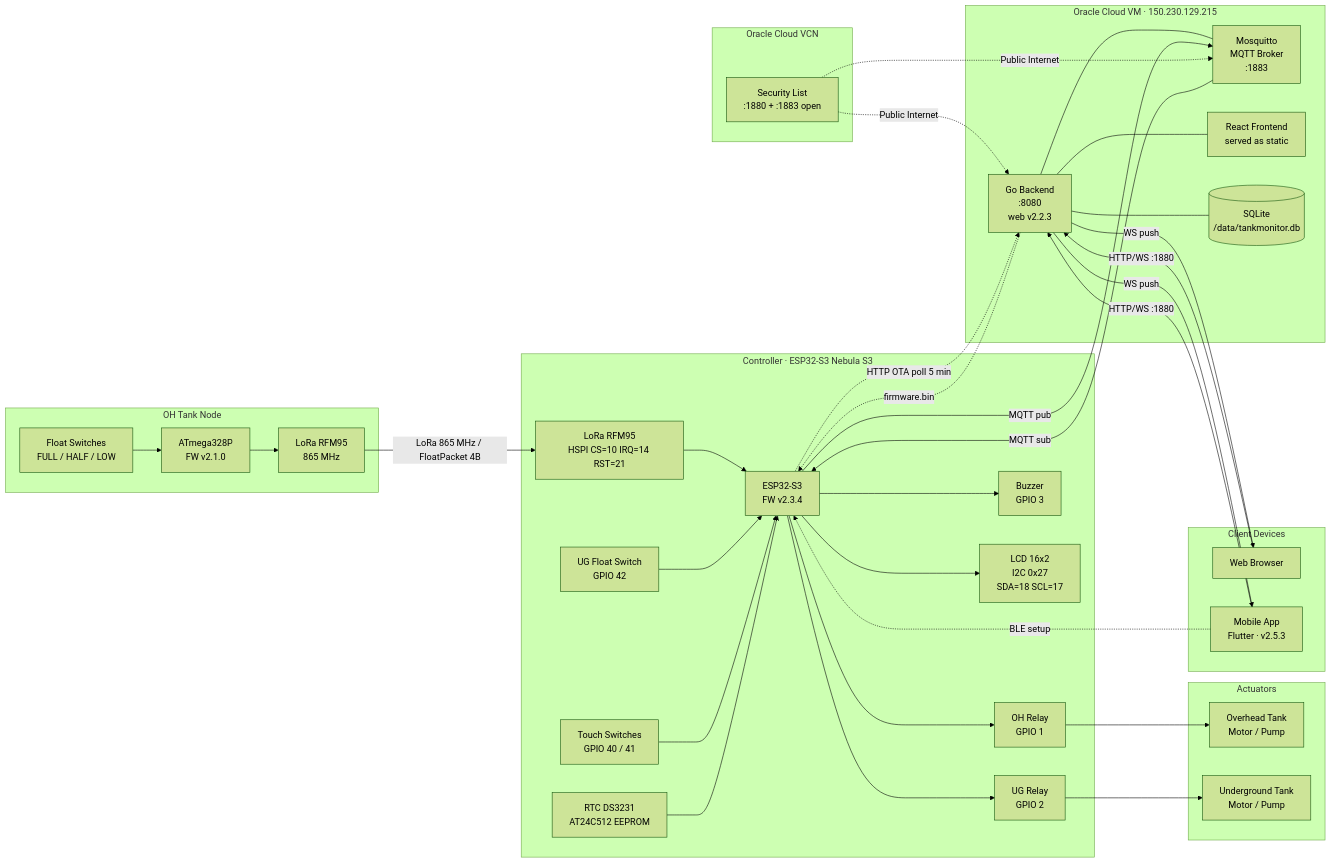
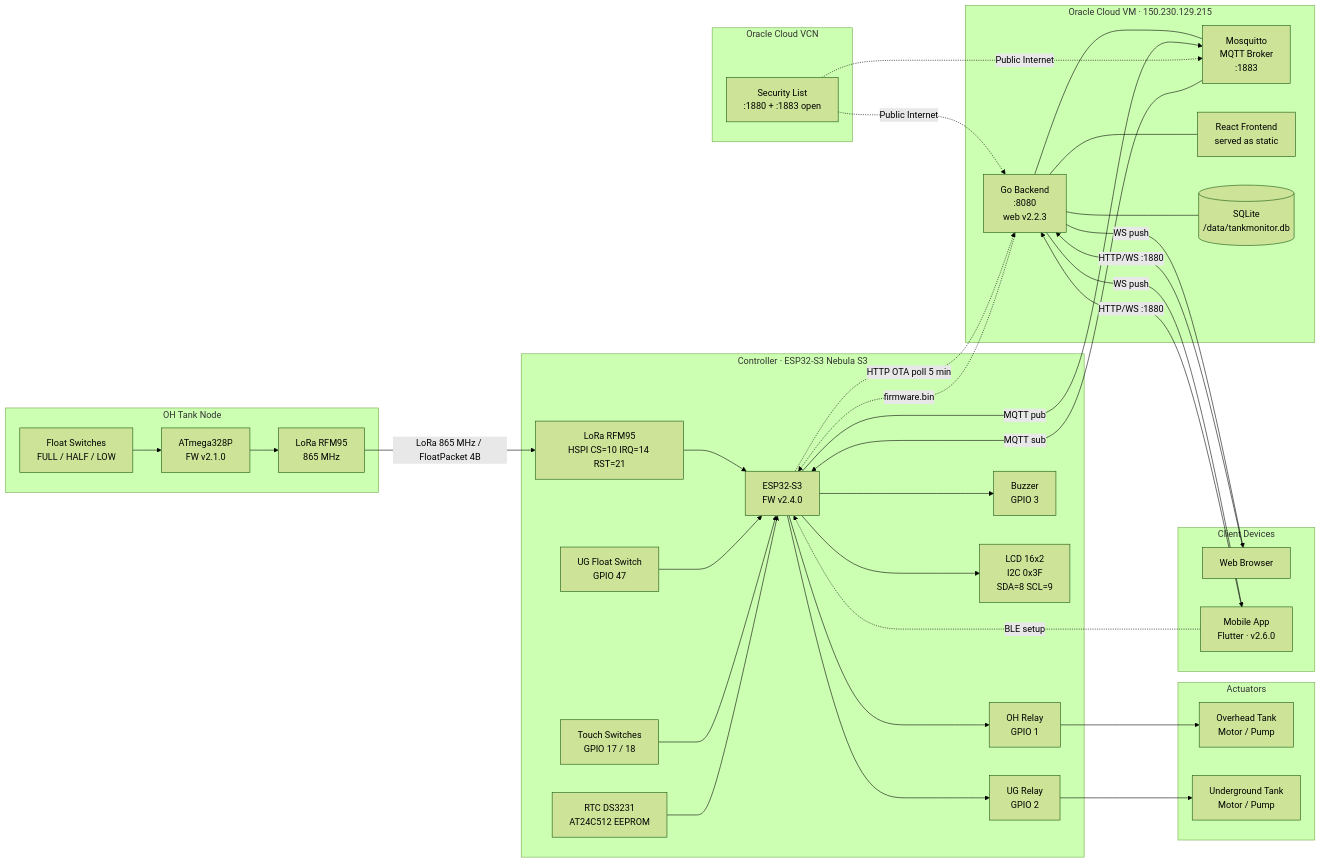
The second of 2 diagrams in README.md (nperiannan/TankMonitor), drawn with Mermaid (forest theme) before and after one commit. The commit also changed other lines of this file and 22 other files, not shown here.

````diff
--- a/README.md
+++ b/README.md
@@ -39,72 +39,72 @@
 ```mermaid
 flowchart LR
     subgraph OH_Node["OH Tank Node"]
         F_OH["Float Switches\nFULL / HALF / LOW"]
         TXmcu["ATmega328P\nFW v2.1.0"]
         TXlora["LoRa RFM95\n865 MHz"]
         F_OH --> TXmcu --> TXlora
     end
 
     subgraph ESP32["Controller · ESP32-S3 Nebula S3"]
         RXlora["LoRa RFM95\nHSPI CS=10 IRQ=14 RST=21"]
-        F_UG["UG Float Switch\nGPIO 42"]
-        TOUCH["Touch Switches\nGPIO 40 / 41"]
-        MCU["ESP32-S3\nFW v2.3.4"]
+        F_UG["UG Float Switch\nGPIO 47"]
+        TOUCH["Touch Switches\nGPIO 17 / 18"]
+        MCU["ESP32-S3\nFW v2.4.0"]
         R_OH["OH Relay\nGPIO 1"]
         R_UG["UG Relay\nGPIO 2"]
         BUZ["Buzzer\nGPIO 3"]
-        LCD["LCD 16x2\nI2C 0x27\nSDA=18 SCL=17"]
+        LCD["LCD 16x2\nI2C 0x3F\nSDA=8 SCL=9"]
         RTC["RTC DS3231\nAT24C512 EEPROM"]
 
         RXlora --> MCU
         F_UG --> MCU
         TOUCH --> MCU
         RTC --> MCU
         MCU --> R_OH
         MCU --> R_UG
         MCU --> BUZ
         MCU --> LCD
     end
 
     subgraph Actuators["Actuators"]
         OH_M["Overhead Tank\nMotor / Pump"]
         UG_M["Underground Tank\nMotor / Pump"]
     end
 
     subgraph OCI["Oracle Cloud VM · 150.230.129.215"]
         MQ["Mosquitto\nMQTT Broker\n:1883"]
         GO["Go Backend\n:8080\nweb v2.2.3"]
         STATIC["React Frontend\nserved as static"]
         DB[("SQLite\n/data/tankmonitor.db")]
         GO --- MQ
         GO --- DB
         GO --- STATIC
     end
 
     subgraph Cloud["Oracle Cloud VCN"]
         PF["Security List\n:1880 + :1883 open"]
     end
 
     subgraph Clients["Client Devices"]
         BROWSER["Web Browser"]
-        PHONE["Mobile App\nFlutter · v2.5.3"]
+        PHONE["Mobile App\nFlutter · v2.6.0"]
     end
 
     TXlora -->|"LoRa 865 MHz / FloatPacket 4B"| RXlora
     R_OH --> OH_M
     R_UG --> UG_M
 
     MCU -->|"MQTT pub"| MQ
     MQ -->|"MQTT sub"| MCU
     MCU -.->|"HTTP OTA poll 5 min"| GO
     GO -.->|"firmware.bin"| MCU
 
     BROWSER -->|"HTTP/WS :1880"| GO
     GO -->|"WS push"| BROWSER
     PHONE -->|"HTTP/WS :1880"| GO
     GO -->|"WS push"| PHONE
     PHONE -.->|"BLE setup"| MCU
 
     PF -.->|"Public Internet"| GO
     PF -.->|"Public Internet"| MQ
 ```
````
